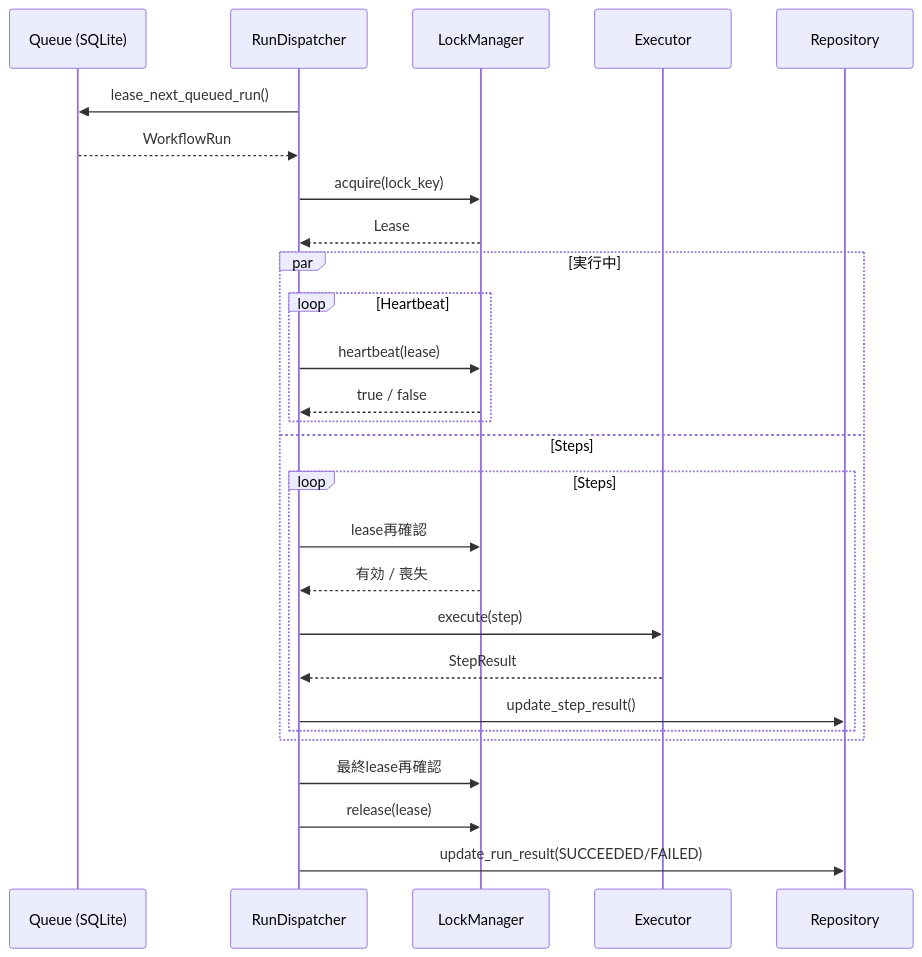
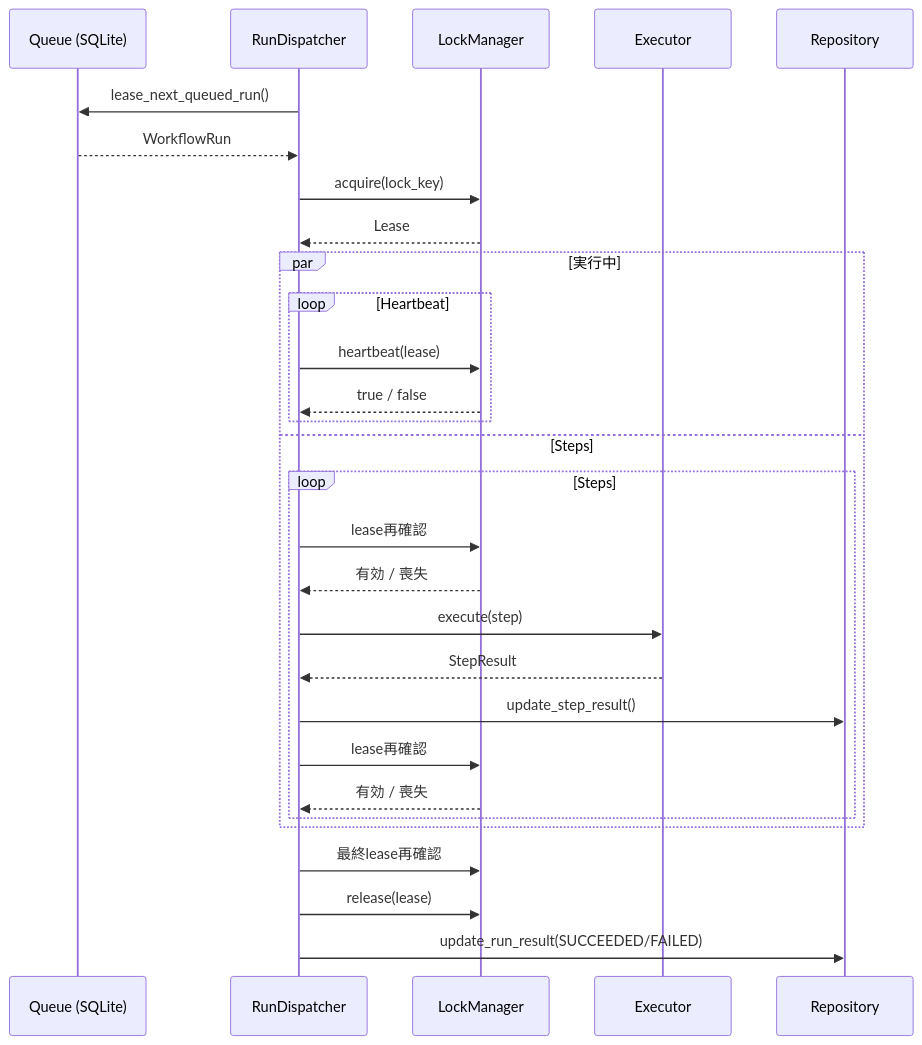
Before and after one commit to endo-ly/ego-graph: the fourth of 8 diagrams in docs/architecture/pipelines.md, drawn with Mermaid. The commit also changed other lines of this file and 2 other files, not shown here.

````diff
--- a/docs/architecture/pipelines.md
+++ b/docs/architecture/pipelines.md
@@ -151,30 +151,32 @@
 ```mermaid
 sequenceDiagram
     participant Q as Queue (SQLite)
     participant D as RunDispatcher
     participant L as LockManager
     participant X as Executor
     participant R as Repository
 
     D->>Q: lease_next_queued_run()
     Q-->>D: WorkflowRun
     D->>L: acquire(lock_key)
     L-->>D: Lease
     par 実行中
         loop Heartbeat
             D->>L: heartbeat(lease)
             L-->>D: true / false
         end
     and Steps
         loop Steps
             D->>L: lease再確認
             L-->>D: 有効 / 喪失
             D->>X: execute(step)
             X-->>D: StepResult
             D->>R: update_step_result()
+            D->>L: lease再確認
+            L-->>D: 有効 / 喪失
         end
     end
     D->>L: 最終lease再確認
     D->>L: release(lease)
     D->>R: update_run_result(SUCCEEDED/FAILED)
 ```
````
